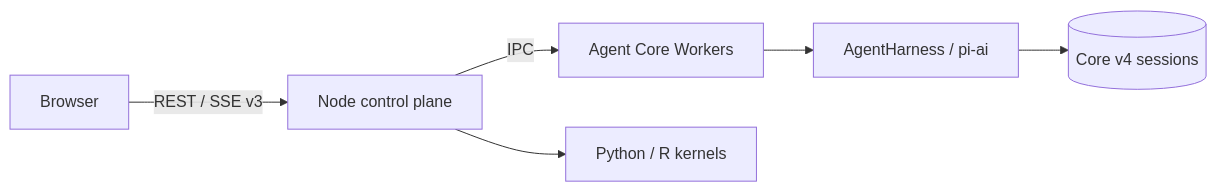
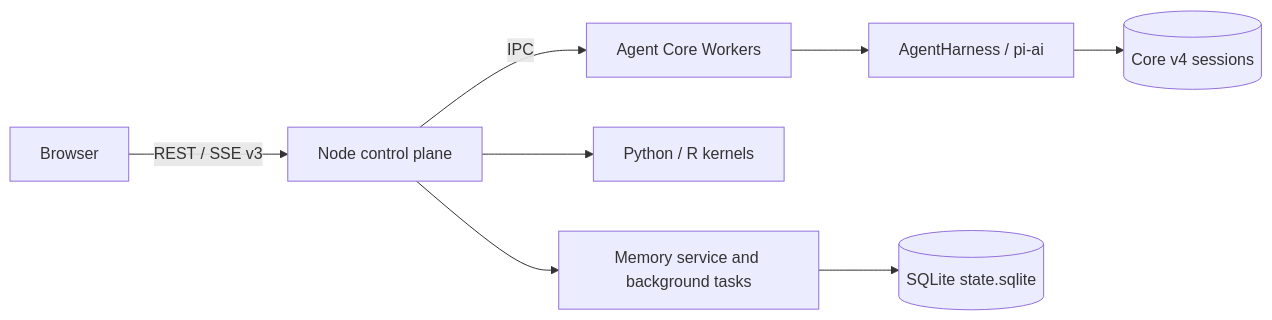
Before and after one commit to Garhorne0813/pi-science: the diagram in README.md, drawn with Mermaid. The commit also changed other lines of this file and 121 other files, not shown here.

````diff
--- a/README.md
+++ b/README.md
@@ -188,8 +213,10 @@
 ```mermaid
 flowchart LR
     UI[Browser] -->|REST / SSE v3| CP[Node control plane]
     CP -->|IPC| W[Agent Core Workers]
     W --> H[AgentHarness / pi-ai]
     H --> S[(Core v4 sessions)]
     CP --> K[Python / R kernels]
+    CP --> M[Memory service and background tasks]
+    M --> DB[(SQLite state.sqlite)]
 ```
````
